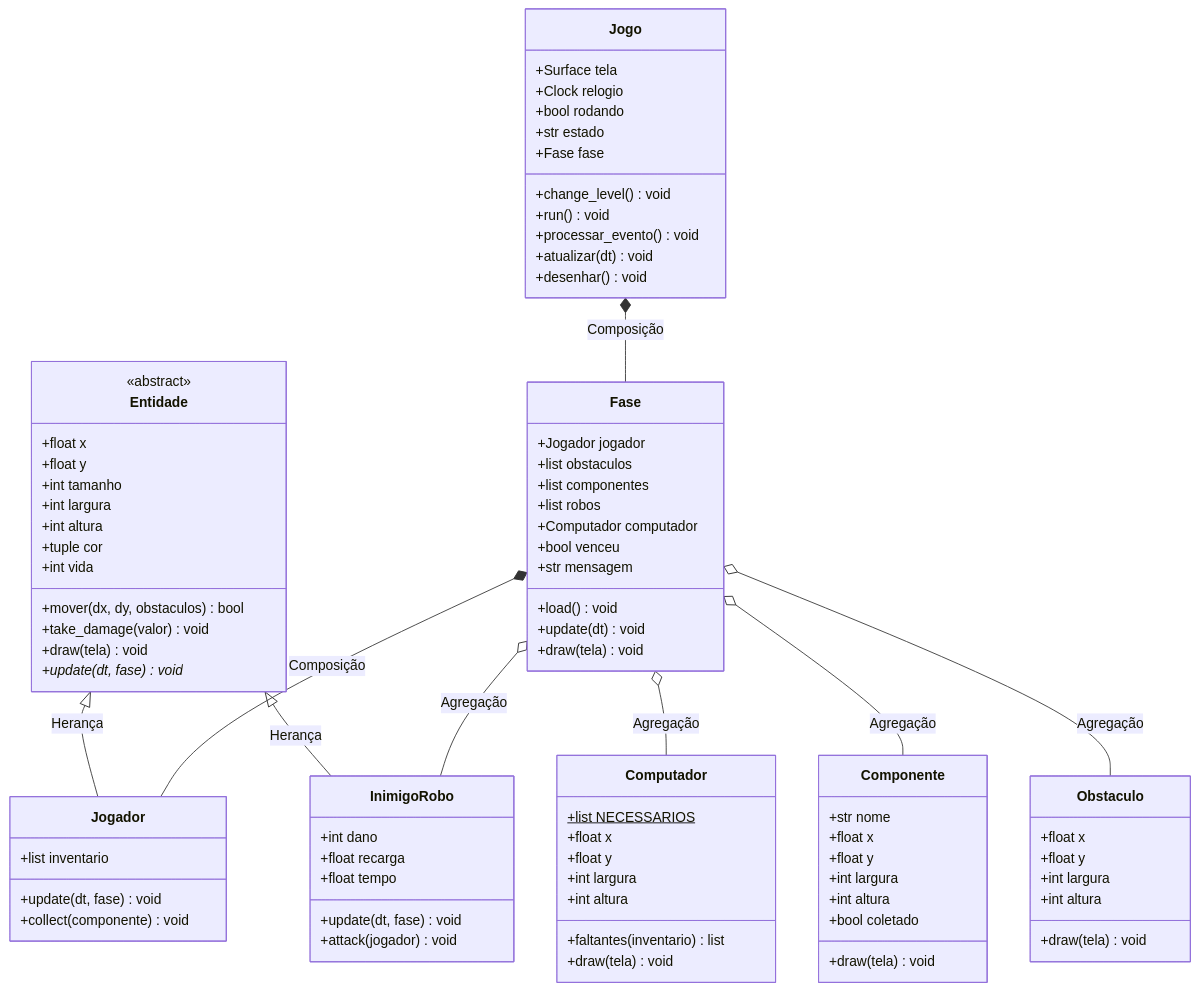
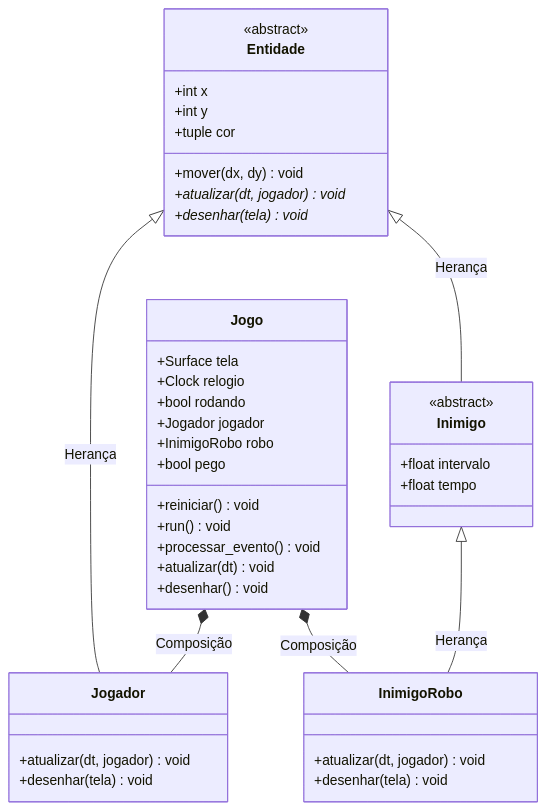
One commit to rodolfozion1719/ProtocoloZeroPOO changed the diagram in README.md. Above: the diagram before and after it, drawn with Mermaid. The commit also changed other lines of this file, not shown here.

Commit message:
Revise controls and game dynamics in README
Updated control instructions and game rules in README.

````diff
--- a/README.md
+++ b/README.md
@@ -128,81 +127,38 @@
 
     class Entidade {
         <<abstract>>
-        +float x
-        +float y
-        +int tamanho
-        +int largura
-        +int altura
+        +int x
+        +int y
         +tuple cor
-        +int vida
-        +mover(dx, dy, obstaculos) bool
-        +take_damage(valor) void
-        +draw(tela) void
-        +update(dt, fase)* void
+        +mover(dx, dy) void
+        +atualizar(dt, jogador)* void
+        +desenhar(tela)* void
     }
 
     class Jogador {
-        +list inventario
-        +update(dt, fase) void
-        +collect(componente) void
+        +atualizar(dt, jogador) void
+        +desenhar(tela) void
+    }
+
+    class Inimigo {
+        <<abstract>>
+        +float intervalo
+        +float tempo
     }
 
     class InimigoRobo {
-        +int dano
-        +float recarga
-        +float tempo
-        +update(dt, fase) void
-        +attack(jogador) void
-    }
-
-    class Obstaculo {
-        +float x
-        +float y
-        +int largura
-        +int altura
-        +draw(tela) void
-    }
-
-    class Componente {
-        +str nome
-        +float x
-        +float y
-        +int largura
-        +int altura
-        +bool coletado
-        +draw(tela) void
-    }
-
-    class Computador {
-        +list NECESSARIOS$
-        +float x
-        +float y
-        +int largura
-        +int altura
-        +faltantes(inventario) list
-        +draw(tela) void
-    }
-
-    class Fase {
-        +Jogador jogador
-        +list obstaculos
-        +list componentes
-        +list robos
-        +Computador computador
-        +bool venceu
-        +str mensagem
-        +load() void
-        +update(dt) void
-        +draw(tela) void
+        +atualizar(dt, jogador) void
+        +desenhar(tela) void
     }
 
     class Jogo {
         +Surface tela
         +Clock relogio
         +bool rodando
-        +str estado
-        +Fase fase
-        +change_level() void
+        +Jogador jogador
+        +InimigoRobo robo
+        +bool pego
+        +reiniciar() void
         +run() void
         +processar_evento() void
         +atualizar(dt) void
@@ -210,11 +166,8 @@
     }
 
     Entidade <|-- Jogador : Herança
-    Entidade <|-- InimigoRobo : Herança
-    Fase o-- Obstaculo : Agregação
-    Fase o-- Componente : Agregação
-    Fase o-- InimigoRobo : Agregação
-    Fase o-- Computador : Agregação
-    Fase *-- Jogador : Composição
-    Jogo *-- Fase : Composição
+    Entidade <|-- Inimigo : Herança
+    Inimigo <|-- InimigoRobo : Herança
+    Jogo *-- Jogador : Composição
+    Jogo *-- InimigoRobo : Composição
 ```
````
